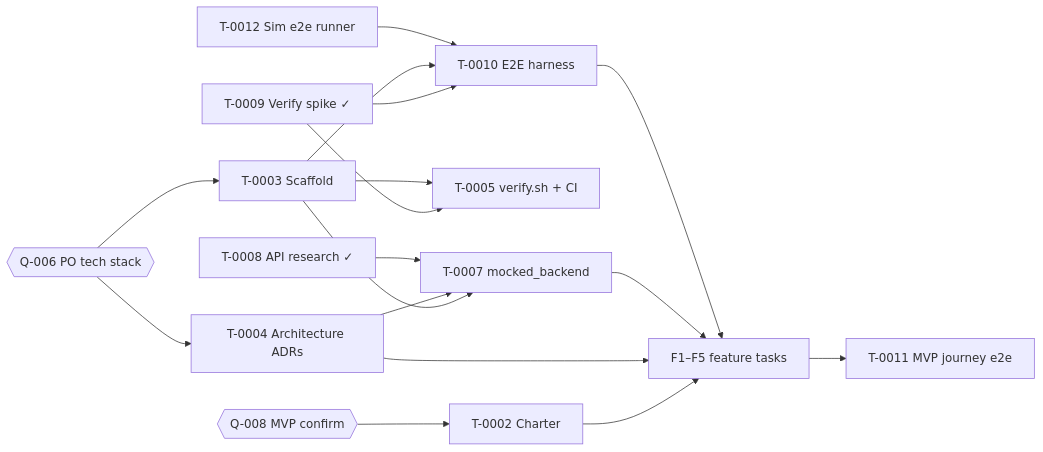
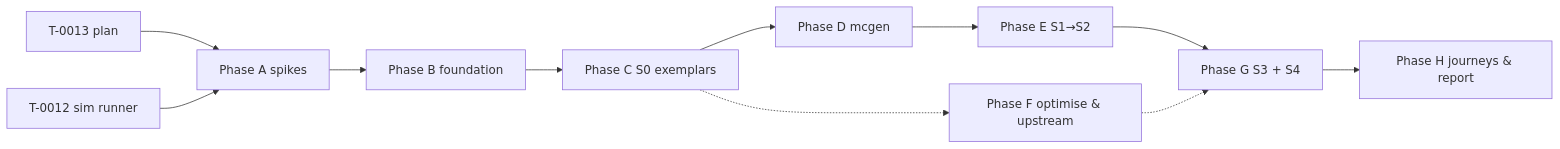
Before and after one commit to emiliev/mini-client-application: the diagram in documents/tasks/BOARD.md, drawn with Mermaid. The commit also changed other lines of this file and 18 other files, not shown here.

````diff
--- a/documents/tasks/BOARD.md
+++ b/documents/tasks/BOARD.md
@@ -31,19 +33,7 @@
 ```mermaid
 flowchart LR
-    Q6{{Q-006 PO tech stack}} --> T3[T-0003 Scaffold]
-    Q6 --> T4[T-0004 Architecture ADRs]
-    Q8{{Q-008 MVP confirm}} --> T2[T-0002 Charter]
-    T9[T-0009 Verify spike ✓] --> T5[T-0005 verify.sh + CI]
-    T9 --> T10[T-0010 E2E harness]
-    T3 --> T5
-    T3 --> T10
-    T12[T-0012 Sim e2e runner] --> T10
-    T3 --> T7[T-0007 mocked_backend]
-    T4 --> T7
-    T8[T-0008 API research ✓] --> T7
-    T2 --> FEAT[F1–F5 feature tasks]
-    T4 --> FEAT
-    T7 --> FEAT
-    T10 --> FEAT
-    FEAT --> T11[T-0011 MVP journey e2e]
+    T13[T-0013 plan] --> A[Phase A spikes]
+    T12[T-0012 sim runner] --> A
+    A --> B[Phase B foundation] --> C[Phase C S0 exemplars] --> D[Phase D mcgen] --> E[Phase E S1→S2] --> G[Phase G S3 + S4]
+    C -.-> F[Phase F optimise & upstream] -.-> G --> H[Phase H journeys & report]
 ```
````
